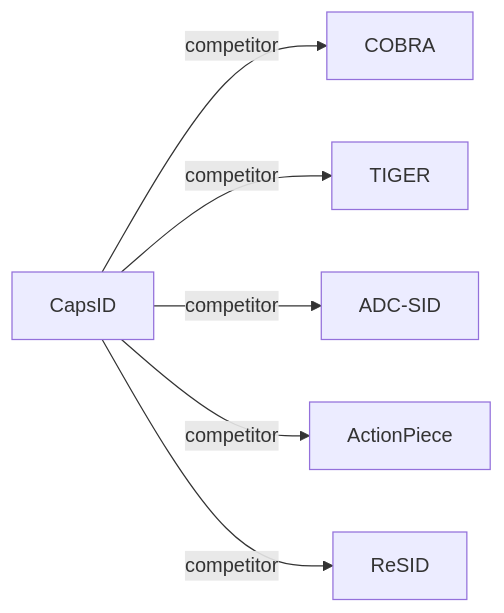
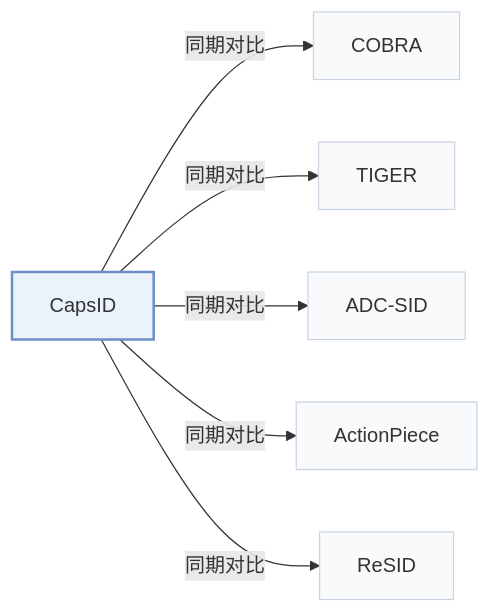
Before and after one commit to Galaxy-ghost/Awesome-SID-Generative-Rec: the second of 2 diagrams in pages/zh/papers/capsid.md, drawn with Mermaid. The commit also changed other lines of this file and 649 other files, not shown here.

Commit message:
writer-05: also tags and modality index (schema, check, build, visuals); summary field removed; calibration data for 12 papers

````diff
--- a/pages/zh/papers/capsid.md
+++ b/pages/zh/papers/capsid.md
@@ -69,9 +74,13 @@
 ```mermaid
 flowchart LR
     P["CapsID"]
-    P -->|competitor| A["COBRA"]
-    P -->|competitor| B["TIGER"]
-    P -->|competitor| C["ADC-SID"]
-    P -->|competitor| D["ActionPiece"]
-    P -->|competitor| E["ReSID"]
+    P -->|"同期对比"| A["COBRA"]
+    P -->|"同期对比"| B["TIGER"]
+    P -->|"同期对比"| C["ADC-SID"]
+    P -->|"同期对比"| D["ActionPiece"]
+    P -->|"同期对比"| E["ReSID"]
+    classDef main fill:#eaf2fb,stroke:#6b8fc7,stroke-width:2px
+    classDef peer fill:#f8fafc,stroke:#cbd5e1
+    class P main
+    class A,B,C,D,E peer
 ```
````
